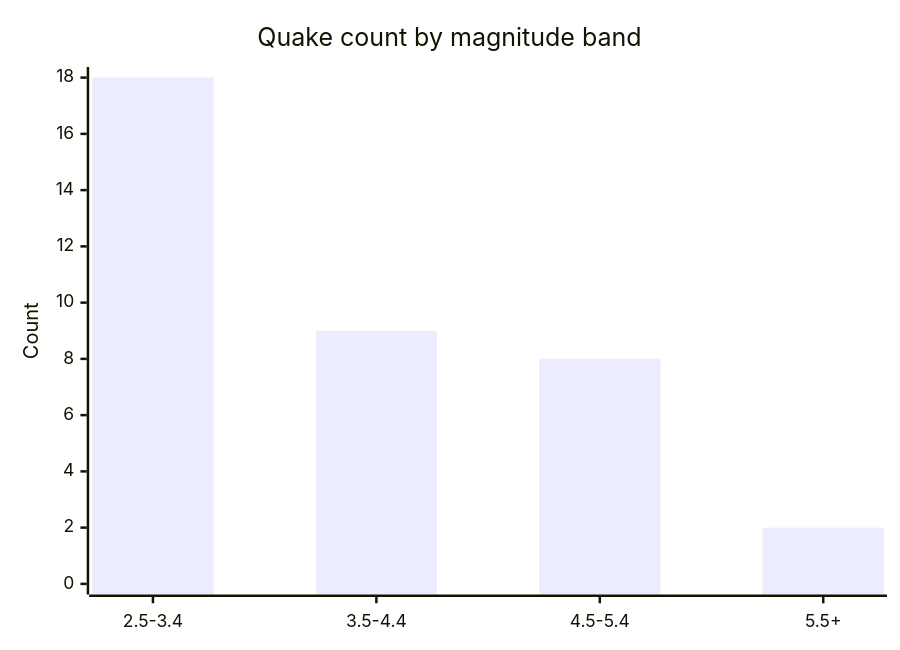
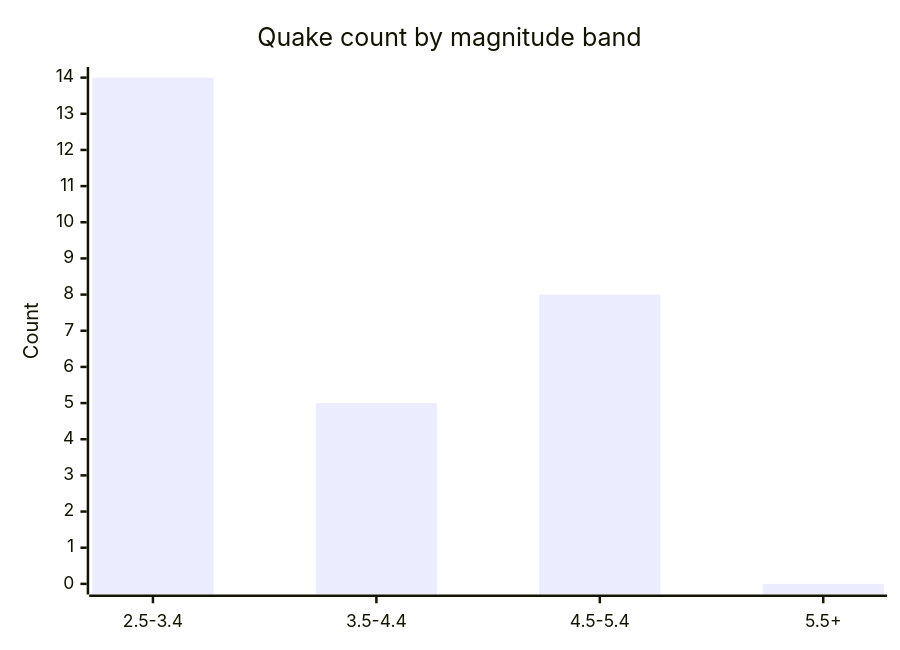
One commit to Midwest-Stratospheric/aerostratospheric-defense-gir changed the fifth of 6 diagrams in docs/GRAPHS.md. Above: the diagram before and after it, drawn with Mermaid. The commit also changed other lines of this file and 23 other files, not shown here.

````diff
--- a/docs/GRAPHS.md
+++ b/docs/GRAPHS.md
@@ -82,7 +82,7 @@
 ```mermaid
 xychart-beta
   title "Quake count by magnitude band"
   x-axis ["2.5-3.4", "3.5-4.4", "4.5-5.4", "5.5+"]
-  y-axis "Count" 0 --> 18
-  bar [18, 9, 8, 2]
+  y-axis "Count" 0 --> 14
+  bar [14, 5, 8, 0]
 ```
````
